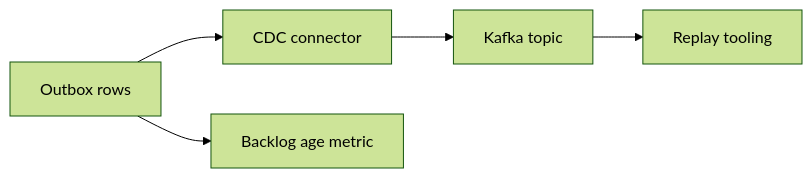
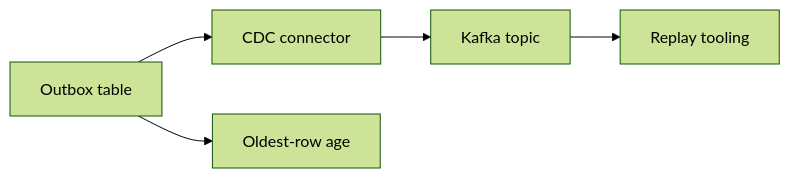
One commit to sandeepbhardwaj/sandeepbhardwaj.github.io changed the diagram in _posts/2026-06-27-kafka-outbox-cdc-debezium-pattern-part-3.md. Above: the diagram before and after it, drawn with Mermaid (forest theme). The commit also changed other lines of this file and 113 other files, not shown here.

````diff
--- a/_posts/2026-06-27-kafka-outbox-cdc-debezium-pattern-part-3.md
+++ b/_posts/2026-06-27-kafka-outbox-cdc-debezium-pattern-part-3.md
@@ -45,7 +39,7 @@
 ```mermaid
 flowchart LR
-    A[Outbox rows] --> B[CDC connector]
+    A[Outbox table] --> B[CDC connector]
     B --> C[Kafka topic]
-    A --> D[Backlog age metric]
+    A --> D[Oldest-row age]
     C --> E[Replay tooling]
 ```
````
